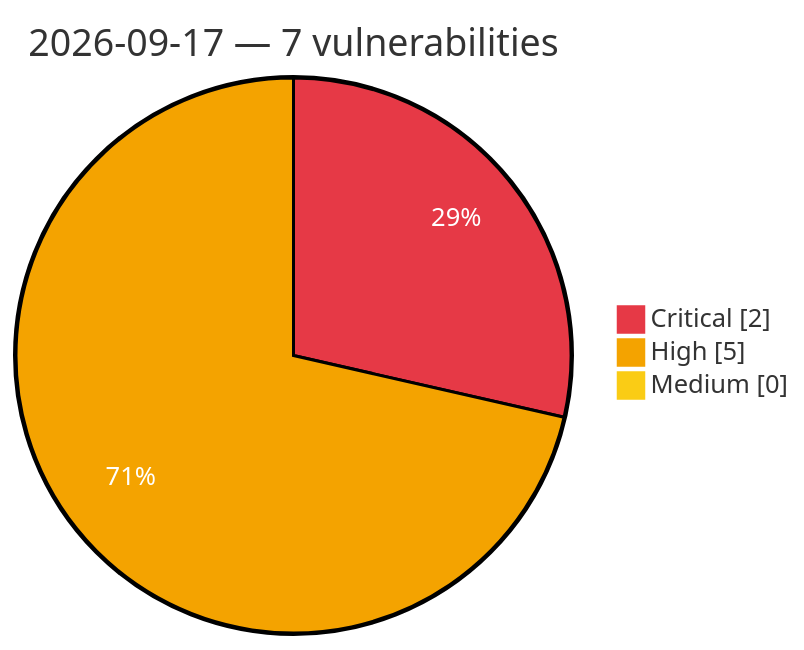
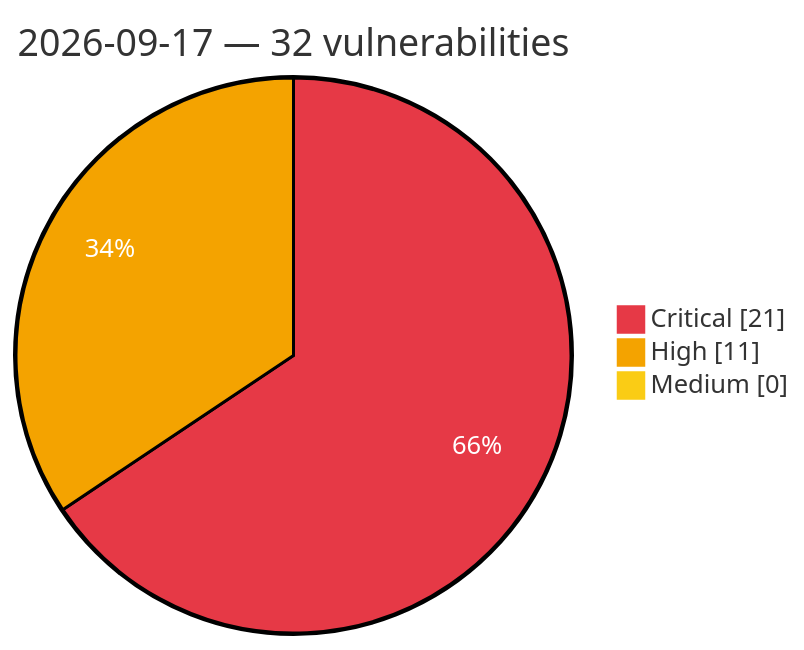
Before and after one commit to GhostX0X/vuln-tracker: the diagram in vulnerabilities/2026/September/2026-09-17.md, drawn with Mermaid. The commit also changed other lines of this file and 5 other files, not shown here.

Commit message:
Auto update: critical/high vulns (2026-09-17 15:12 UTC)

````diff
--- a/vulnerabilities/2026/September/2026-09-17.md
+++ b/vulnerabilities/2026/September/2026-09-17.md
@@ -3,8 +3,8 @@
 ```mermaid
 %%{init: {'theme':'base', 'themeVariables': {'pie1':'#e63946', 'pie2':'#f4a300', 'pie3':'#facc15', 'pieOpacity':'1', 'pieOuterStrokeWidth':'2px', 'pieSectionTextColor':'#ffffff'}}}%%
 pie showData
-    title 2026-09-17 — 7 vulnerabilities
-    "Critical" : 2
-    "High" : 5
+    title 2026-09-17 — 32 vulnerabilities
+    "Critical" : 21
+    "High" : 11
     "Medium" : 0
 ```
````
